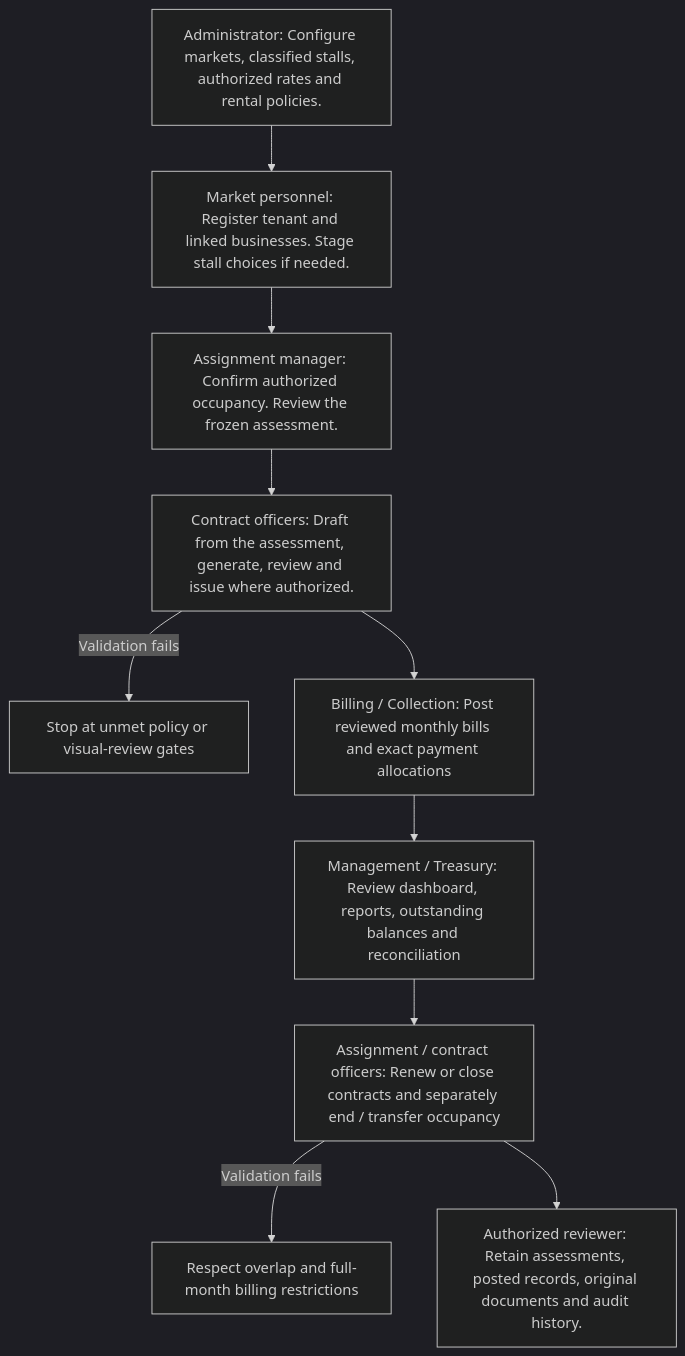
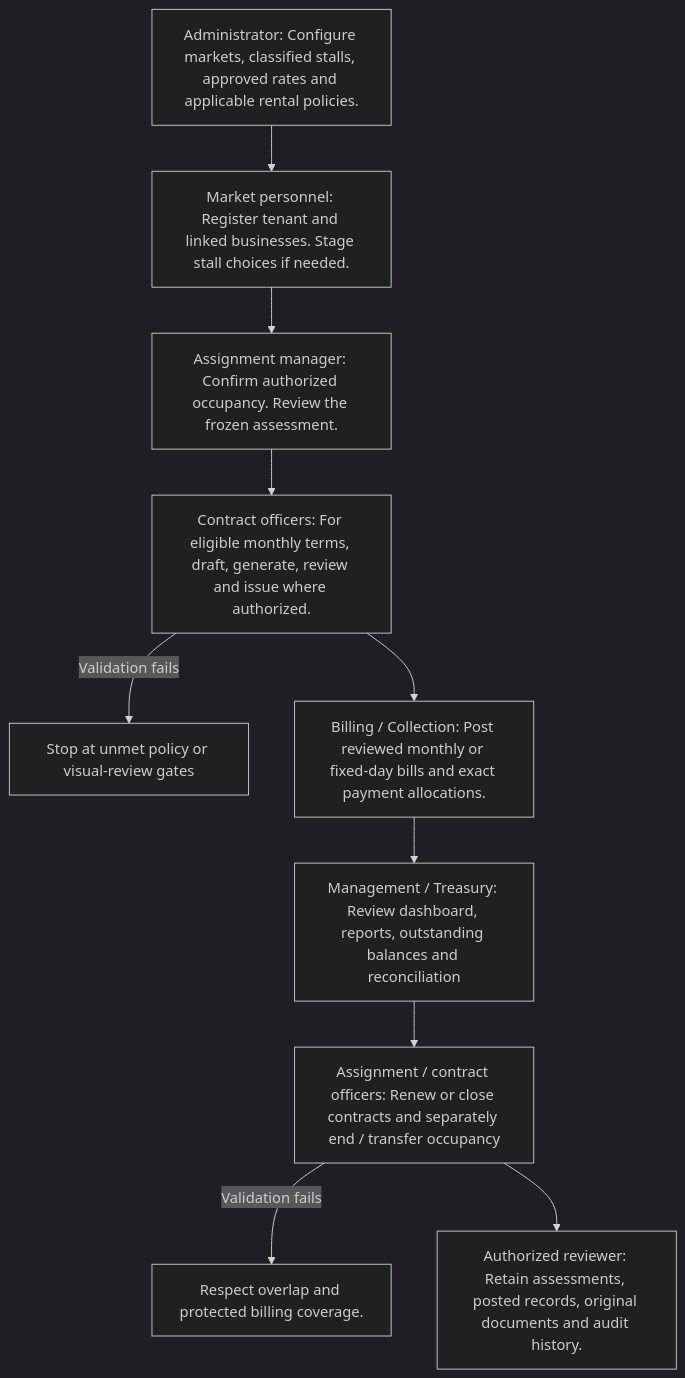
The diagram in docs/user-manual/workflows/10-lifecycle.mmd (byte-vnz/markethub), drawn with Mermaid (dark theme) before and after one commit. The commit also changed 208 other files, not shown here.

Commit message:
Add fixed-day billing support to rental assignments

```diff
--- a/docs/user-manual/workflows/10-lifecycle.mmd
+++ b/docs/user-manual/workflows/10-lifecycle.mmd
@@ -1,18 +1,18 @@
 flowchart TD
-    N0["Administrator: Configure markets, classified stalls, authorized rates and rental policies."]
+    N0["Administrator: Configure markets, classified stalls, approved rates and applicable rental policies."]
     N1["Market personnel: Register tenant and linked businesses. Stage stall choices if needed."]
     N0 --> N1
     N2["Assignment manager: Confirm authorized occupancy. Review the frozen assessment."]
     N1 --> N2
-    N3["Contract officers: Draft from the assessment, generate, review and issue where authorized."]
+    N3["Contract officers: For eligible monthly terms, draft, generate, review and issue where authorized."]
     N2 --> N3
     N3 -->|Validation fails| F3["Stop at unmet policy or visual-review gates"]
-    N4["Billing / Collection: Post reviewed monthly bills and exact payment allocations"]
+    N4["Billing / Collection: Post reviewed monthly or fixed-day bills and exact payment allocations."]
     N3 --> N4
     N5["Management / Treasury: Review dashboard, reports, outstanding balances and reconciliation"]
     N4 --> N5
     N6["Assignment / contract officers: Renew or close contracts and separately end / transfer occupancy"]
     N5 --> N6
-    N6 -->|Validation fails| F6["Respect overlap and full-month billing restrictions"]
+    N6 -->|Validation fails| F6["Respect overlap and protected billing coverage."]
     N7["Authorized reviewer: Retain assessments, posted records, original documents and audit history."]
     N6 --> N7
```
